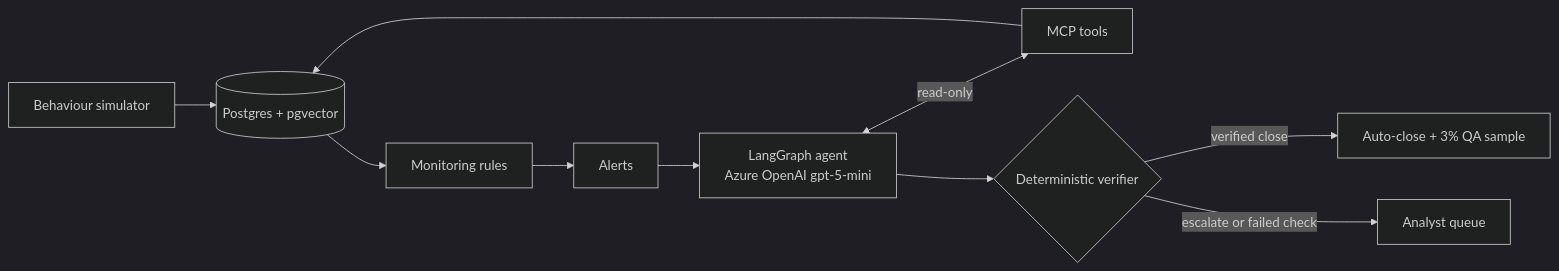
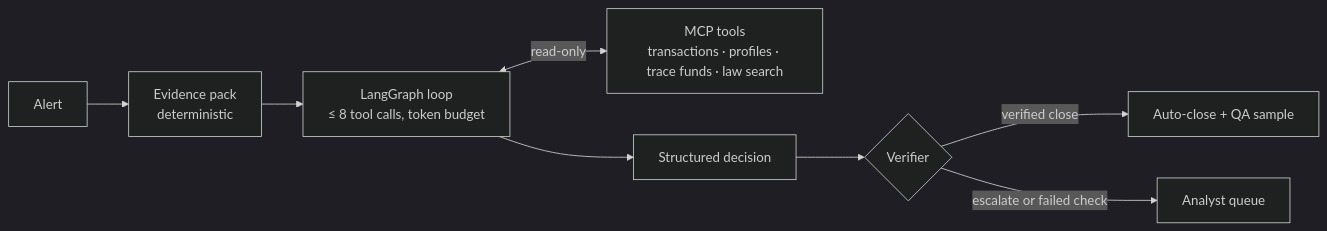
The second of 3 diagrams in README.md (InYanInIn/aml-alert-investigator), drawn with Mermaid (dark theme) before and after one commit. The commit also changed other lines of this file and 8 other files, not shown here.

First line of the commit message:
M11: README with two focuses, simulator diagram and readable charts

````diff
--- a/README.md
+++ b/README.md
@@ -63,12 +151,10 @@
 ```mermaid
 flowchart LR
-    SIM[Behaviour simulator] --> DB[(Postgres + pgvector)]
-    DB --> RULES[Monitoring rules]
-    RULES --> ALERTS[Alerts]
-    ALERTS --> AGENT["LangGraph agent<br/>Azure OpenAI gpt-5-mini"]
-    AGENT <-->|read-only| MCP[MCP tools]
-    MCP --> DB
-    AGENT --> VER{Deterministic verifier}
-    VER -->|verified close| AUTO[Auto-close + 3% QA sample]
+    ALERTS[Alert] --> PACK["Evidence pack<br/>deterministic"]
+    PACK --> LOOP["LangGraph loop<br/>≤ 8 tool calls, token budget"]
+    LOOP <-->|read-only| MCP["MCP tools<br/>transactions · profiles · trace funds · law search"]
+    LOOP --> DRAFT[Structured decision]
+    DRAFT --> VER{Verifier}
+    VER -->|verified close| AUTO[Auto-close + QA sample]
     VER -->|escalate or failed check| QUEUE[Analyst queue]
 ```
````
